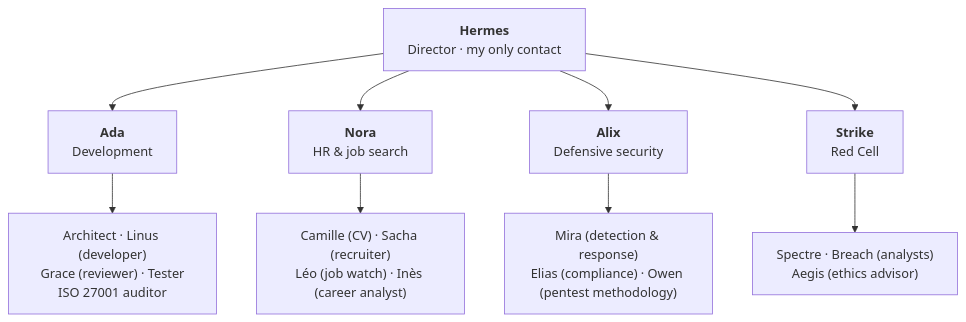
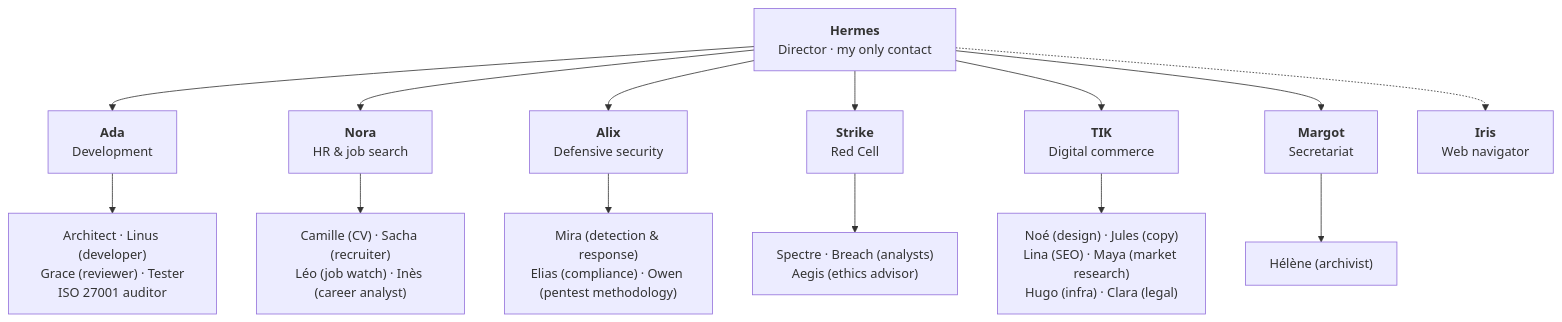
The second of 2 diagrams in README.md (Dow08/OS-Agentique_showcase), drawn with Mermaid before and after one commit. The commit also changed other lines of this file and 7 other files, not shown here.

````diff
--- a/README.md
+++ b/README.md
@@ -70,12 +71,17 @@
 ```mermaid
 flowchart TD
     H["<b>Hermes</b><br/>Director · my only contact"]
     H --> DEV["<b>Ada</b><br/>Development"]
     H --> RH["<b>Nora</b><br/>HR & job search"]
     H --> SEC["<b>Alix</b><br/>Defensive security"]
     H --> RED["<b>Strike</b><br/>Red Cell"]
+    H --> TIK["<b>TIK</b><br/>Digital commerce"]
+    H --> SEC2["<b>Margot</b><br/>Secretariat"]
+    H -.-> IRIS["<b>Iris</b><br/>Web navigator"]
     DEV --> DEV1["Architect · Linus (developer)<br/>Grace (reviewer) · Tester<br/>ISO 27001 auditor"]
     RH --> RH1["Camille (CV) · Sacha (recruiter)<br/>Léo (job watch) · Inès (career analyst)"]
     SEC --> SEC1["Mira (detection & response)<br/>Elias (compliance) · Owen (pentest methodology)"]
     RED --> RED1["Spectre · Breach (analysts)<br/>Aegis (ethics advisor)"]
+    TIK --> TIK1["Noé (design) · Jules (copy)<br/>Lina (SEO) · Maya (market research)<br/>Hugo (infra) · Clara (legal)"]
+    SEC2 --> SEC21["Hélène (archivist)"]
 ```
````
